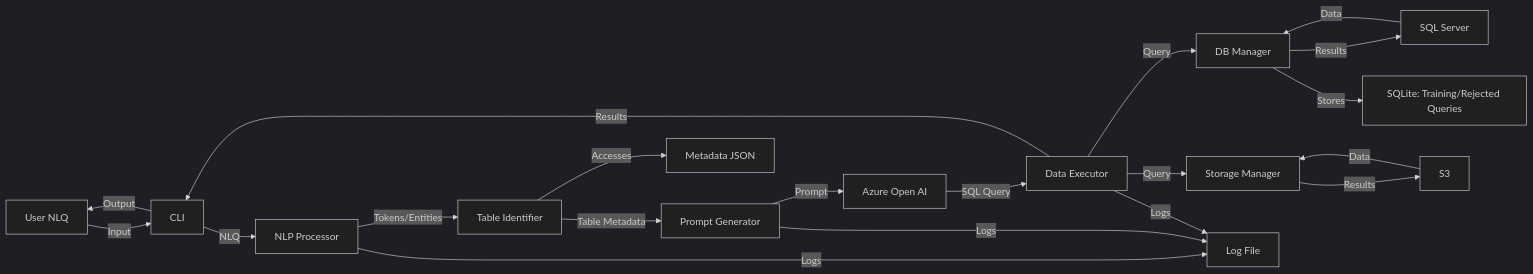
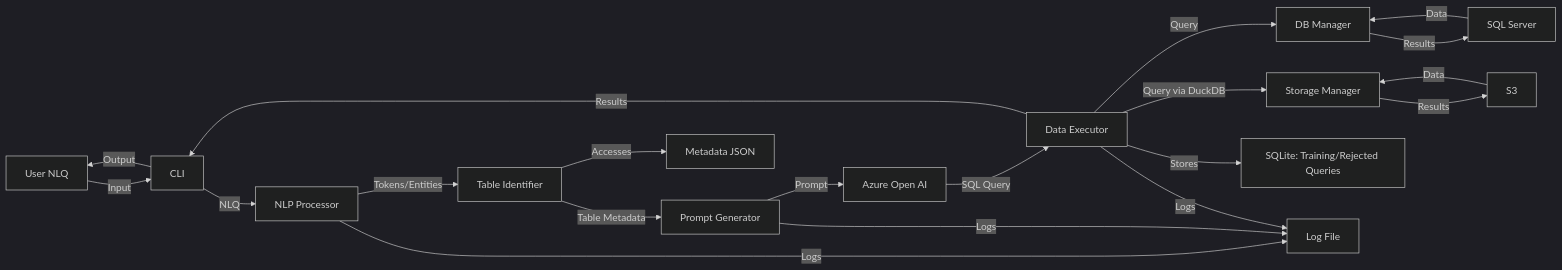
One commit to m-prasad-reddy/Datascriber-2 changed the third of 8 diagrams in Datascriber_Functional_Documentation.markdown. Above: the diagram before and after it, drawn with Mermaid (dark theme). The commit also changed other lines of this file and 4 other files, not shown here.

````diff
--- a/Datascriber_Functional_Documentation.markdown
+++ b/Datascriber_Functional_Documentation.markdown
@@ -86,22 +120,22 @@
 ```mermaid
 graph LR
     A[User NLQ] -->|Input| B[CLI]
     B -->|NLQ| C[NLP Processor]
     C -->|Tokens/Entities| D[Table Identifier]
     D -->|Table Metadata| E[Prompt Generator]
     E -->|Prompt| F[Azure Open AI]
     F -->|SQL Query| G[Data Executor]
     G -->|Query| H[DB Manager]
-    G -->|Query| I[Storage Manager]
+    G -->|Query via DuckDB| I[Storage Manager]
     H -->|Results| J[SQL Server]
     I -->|Results| K[S3]
     J -->|Data| H
     K -->|Data| I
     G -->|Results| B
     B -->|Output| A
     D -->|Accesses| L[Metadata JSON]
-    H -->|Stores| M[SQLite: Training/Rejected Queries]
+    G -->|Stores| M[SQLite: Training/Rejected Queries]
     C -->|Logs| N[Log File]
     E -->|Logs| N
     G -->|Logs| N
 ```
````
